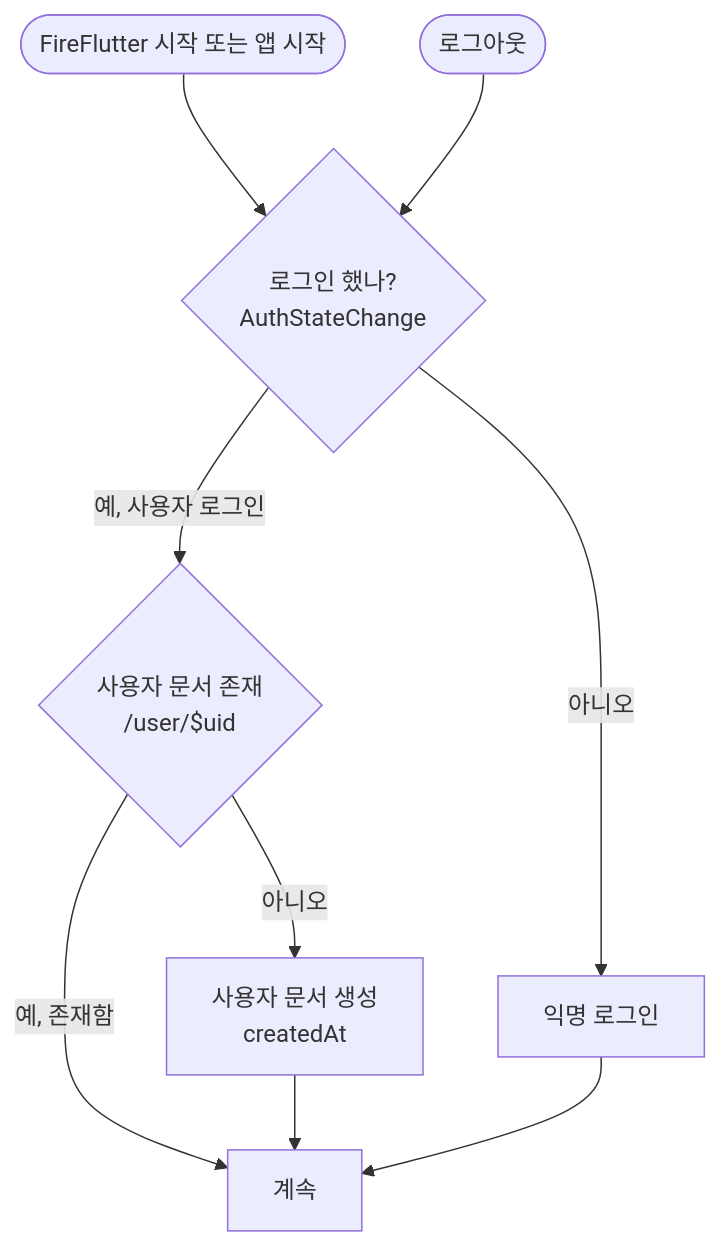
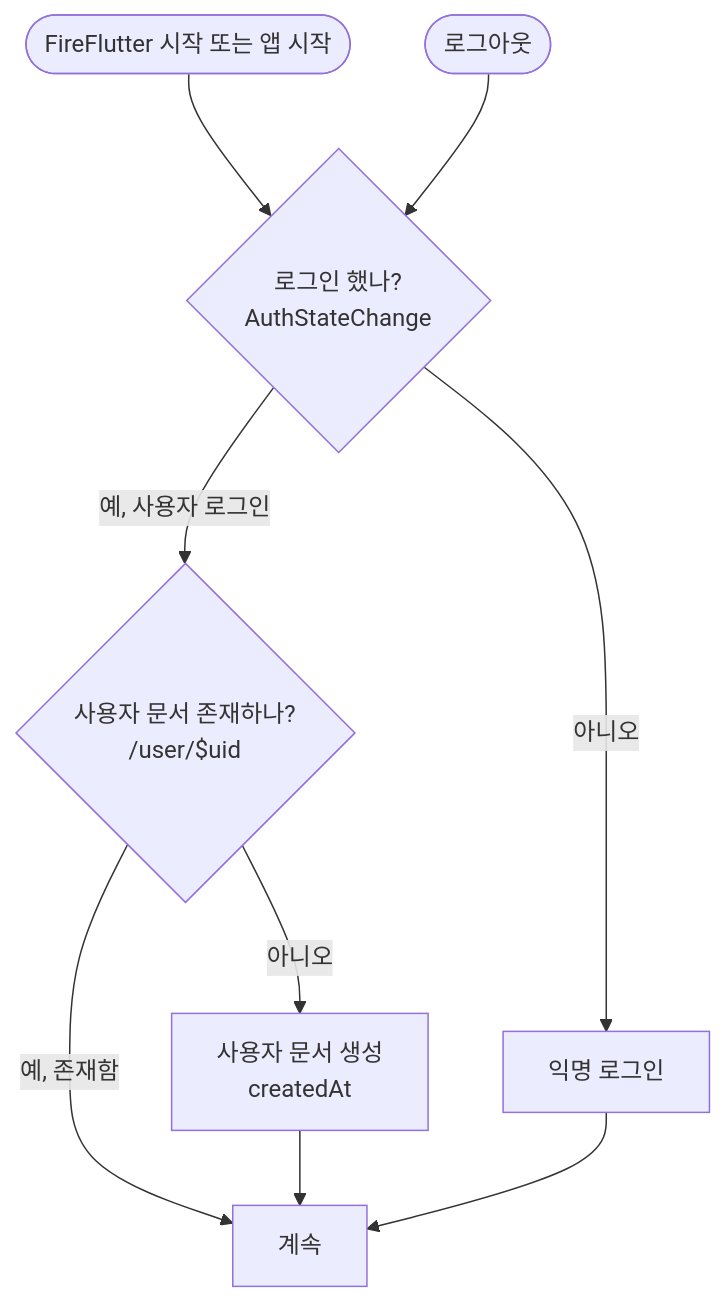
The second of 2 diagrams in README.md (thruthesky/fireflutter), drawn with Mermaid before and after one commit. The commit also changed other lines of this file and 1 other file, not shown here.

````diff
--- a/README.md
+++ b/README.md
@@ -57,11 +57,11 @@
 ```mermaid
 flowchart TB;
 Start([FireFlutter 시작 또는 앱 시작]) --> AuthStateChange{로그인 했나?\nAuthStateChange}
-AuthStateChange -->|예, 사용자 로그인| CheckUserDoc{사용자 문서 존재\n/user/$uid}
+AuthStateChange -->|예, 사용자 로그인| CheckUserDoc{사용자 문서 존재하나?\n/user/$uid}
 CheckUserDoc -->|예, 존재함| Continue
 CheckUserDoc -->|아니오| CreateUserDoc[사용자 문서 생성\ncreatedAt]
 CreateUserDoc --> Continue
 AuthStateChange -->|아니오| SignInAnonymous[익명 로그인]
 SignInAnonymous --> Continue[계속]
 Logout([로그아웃]) --> AuthStateChange
 ```
````
